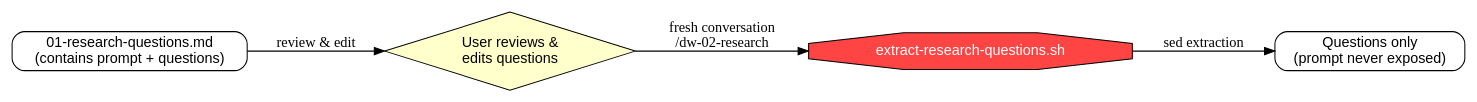
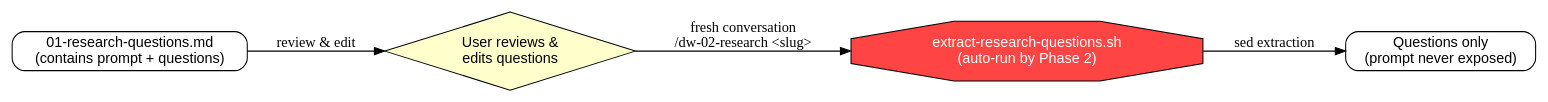
The diagram in .claude/skills/dw-01-research-questions/SKILL.md (ronsanzone/claude-essentials), drawn with Graphviz before and after one commit. The commit also changed other lines of this file and 5 other files, not shown here.

````diff
--- a/.claude/skills/dw-01-research-questions/SKILL.md
+++ b/.claude/skills/dw-01-research-questions/SKILL.md
@@ -105,15 +105,15 @@
 ```dot
 digraph handoff {
     rankdir=LR;
     node [shape=box, style=rounded, fontname="Helvetica"];
 
     p1_out [label="01-research-questions.md\n(contains prompt + questions)"];
     user [label="User reviews &\nedits questions" shape=diamond style=filled fillcolor="#ffffcc"];
-    script [label="extract-research-questions.sh" shape=octagon style=filled fillcolor="#ff4444" fontcolor=white];
+    script [label="extract-research-questions.sh\n(auto-run by Phase 2)" shape=octagon style=filled fillcolor="#ff4444" fontcolor=white];
     p2_in [label="Questions only\n(prompt never exposed)"];
 
     p1_out -> user [label="review & edit"];
-    user -> script [label="fresh conversation\n/dw-02-research"];
+    user -> script [label="fresh conversation\n/dw-02-research <slug>"];
     script -> p2_in [label="sed extraction"];
 }
 ```
````
